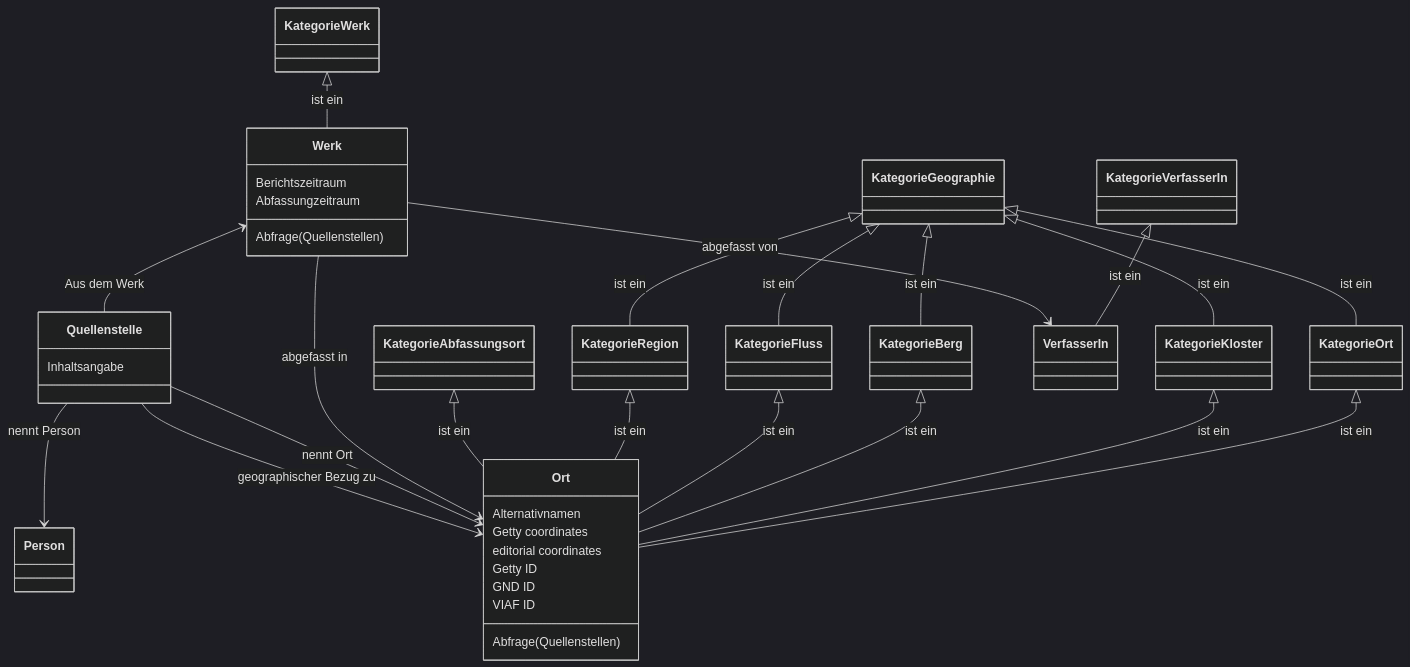
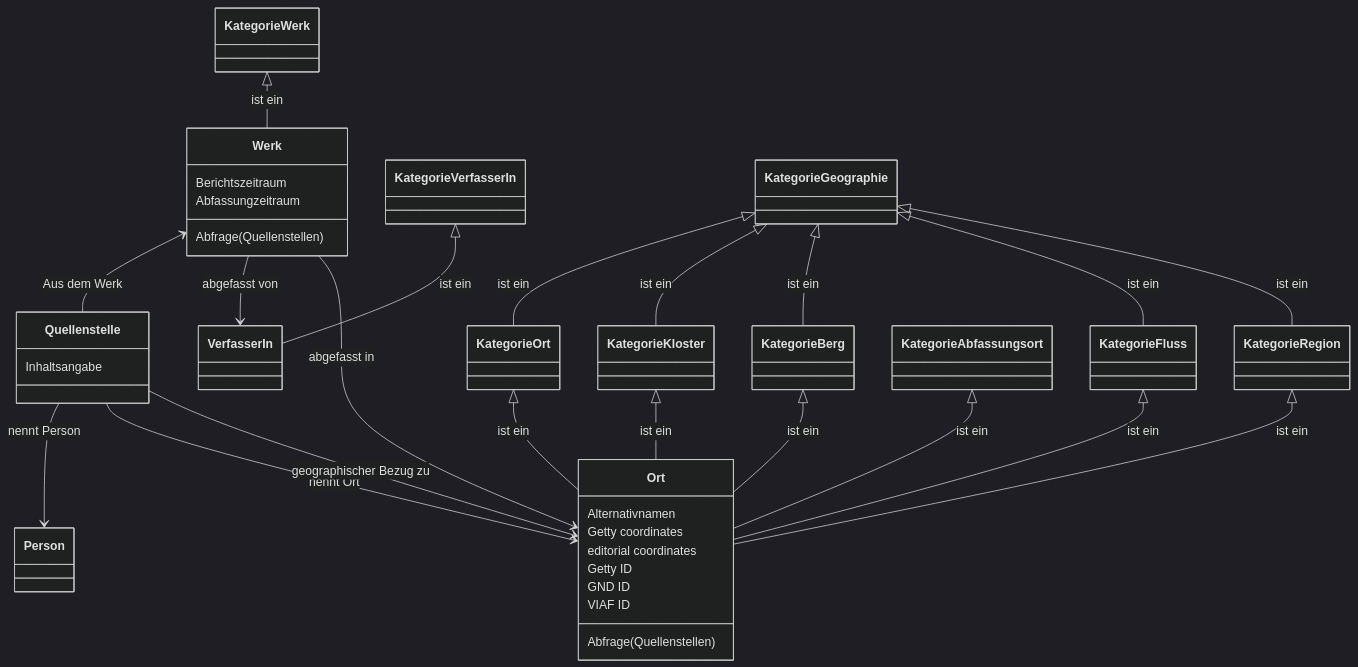
Before and after one commit to cceh/sarazenen-wiki: the diagram in datenmodell/Readme.MD, drawn with Mermaid (dark theme).

````diff
--- a/datenmodell/Readme.MD
+++ b/datenmodell/Readme.MD
@@ -1,65 +1,65 @@
 ```mermaid
 
 classDiagram
 
     class KategorieWerk
     KategorieWerk <|-- Werk : ist ein 
+    
+    cass KategorieVerfasserIn
+    KategorieVerfasserIn <|-- VerfasserIn : ist ein 
     
     class KategorieGeographie
     KategorieGeographie <|-- KategorieOrt: ist ein
     KategorieGeographie <|-- KategorieKloster: ist ein
     KategorieGeographie <|-- KategorieBerg: ist ein
     KategorieGeographie <|-- KategorieFluss: ist ein
     KategorieGeographie <|-- KategorieRegion: ist ein
     
     class KategorieOrt
     KategorieOrt <|-- Ort : ist ein 
     
     class KategorieKloster
     KategorieKloster <|-- Ort : ist ein 
     
     class KategorieBerg
     KategorieBerg <|-- Ort : ist ein 
     
     class KategorieFluss
     KategorieFluss <|-- Ort : ist ein 
     
     class KategorieRegion
     KategorieRegion <|-- Ort : ist ein
     
     class KategorieAbfassungsort
     KategorieAbfassungsort <|-- Ort : ist ein 
     
-    class KategorieVerfasserIn
-    KategorieVerfasserIn <|-- VerfasserIn : ist ein 
-
     class Werk
     Werk: Berichtszeitraum 
     Werk: Abfassungzeitraum
     Werk <-- Quellenstelle : Aus dem Werk
     Werk --> VerfasserIn : abgefasst von
     Werk --> Ort : abgefasst in
     Werk: Abfrage(Quellenstellen)
     
     class VerfasserIn
 
     class Quellenstelle
     Quellenstelle: Inhaltsangabe
     Quellenstelle --> Person : nennt Person
     Quellenstelle --> Ort : nennt Ort  
     Quellenstelle --> Ort : geographischer Bezug zu 
 
     class Person
 
     class Ort
     Ort: Alternativnamen
     Ort: Getty coordinates
     Ort: editorial coordinates
     Ort: Getty ID
     Ort: GND ID
     Ort: VIAF ID
     Ort: Abfrage(Quellenstellen)
     
 end
 
 ```
````
